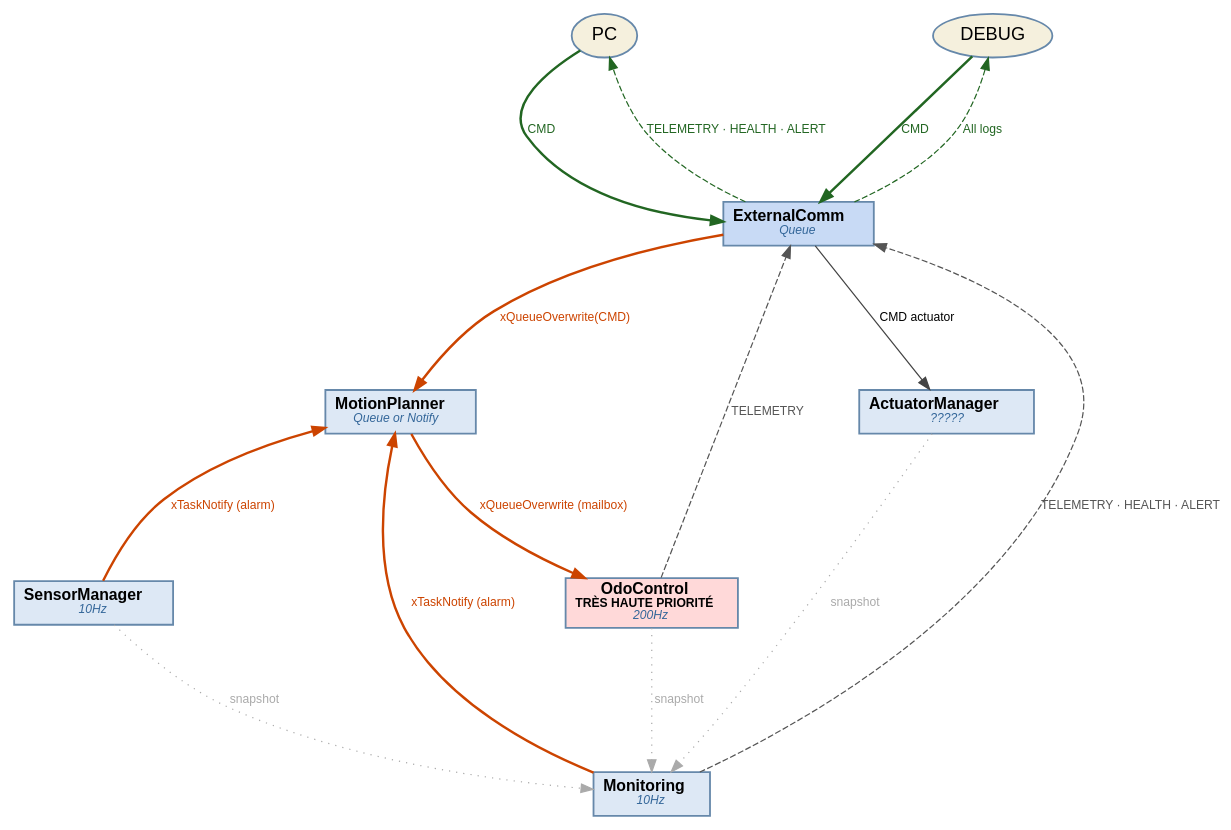
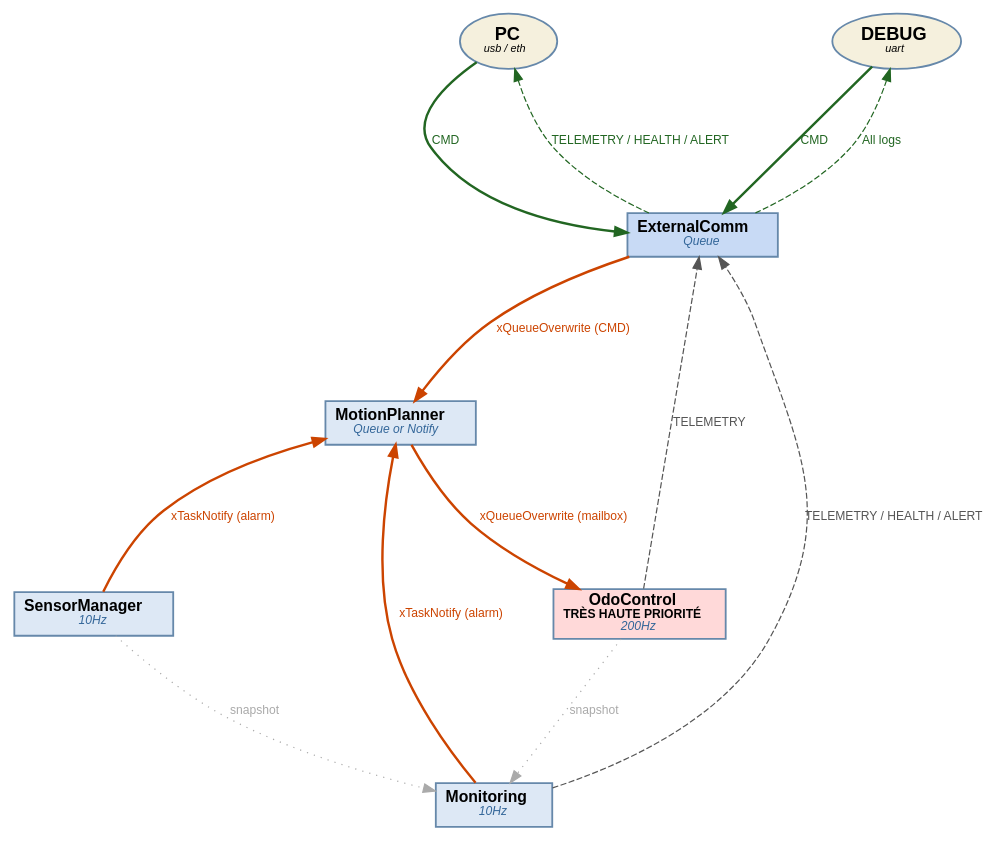
Before and after one commit to Soupalognon/Wall-A-Software: the first of 2 diagrams in _bmad-output/planning-artifacts/architecture.md, drawn with Graphviz. The commit also changed 1 other file, not shown here.

Commit message:
updated graphs

````diff
--- a/_bmad-output/planning-artifacts/architecture.md
+++ b/_bmad-output/planning-artifacts/architecture.md
@@ -609,43 +609,39 @@
 ```dot
 digraph G {
     rankdir=TB
     nodesep=1.0
     ranksep=1.5
     fontname="Helvetica"
     node [fontname="Helvetica" fontsize=13 style=filled shape=box fillcolor="#dde8f5" color="#6688aa" penwidth=1.5]
     edge [fontname="Helvetica" fontsize=10 color="#444444"]
 
-    PC         [shape=ellipse fillcolor="#f5f0dd" label="PC" fontsize=15]
-    DEBUG      [shape=ellipse fillcolor="#f5f0dd" label="DEBUG" fontsize=15]
+    PC         [shape=ellipse fillcolor="#f5f0dd" label=<<B><FONT POINT-SIZE="15">PC</FONT></B><BR/><I><FONT POINT-SIZE="9">usb / eth</FONT></I>>]
+    DEBUG      [shape=ellipse fillcolor="#f5f0dd" label=<<B><FONT POINT-SIZE="15">DEBUG</FONT></B><BR/><I><FONT POINT-SIZE="9">uart</FONT></I>>]
     ExtComm    [label=<<B>ExternalComm</B><BR/><I><FONT POINT-SIZE="10" COLOR="#336699">Queue</FONT></I>> fillcolor="#c8daf5"]
     MoPlan     [label=<<B>MotionPlanner</B><BR/><I><FONT POINT-SIZE="10" COLOR="#336699">Queue or Notify</FONT></I>>]
     OdoCtrl    [label=<<B>OdoControl<BR/><FONT POINT-SIZE="10">TRÈS HAUTE PRIORITÉ</FONT><BR/></B><I><FONT POINT-SIZE="10" COLOR="#336699">200Hz</FONT></I>> fillcolor="#ffd9d9"]
     SenMgr     [label=<<B>SensorManager</B><BR/><I><FONT POINT-SIZE="10" COLOR="#336699">10Hz</FONT></I>>]
-    ActMgr     [label=<<B>ActuatorManager</B><BR/><I><FONT POINT-SIZE="10" COLOR="#336699">?????</FONT></I>>]
     Monitoring [label=<<B>Monitoring</B><BR/><I><FONT POINT-SIZE="10" COLOR="#336699">10Hz</FONT></I>>]
 
     { rank=same; PC; DEBUG }
     { rank=same; ExtComm }
-    { rank=same; MoPlan; ActMgr }
+    { rank=same; MoPlan }
     { rank=same; OdoCtrl; SenMgr }
 
     PC -> ExtComm    [label="CMD" color="#226622" fontcolor="#226622" style=bold]
-    ExtComm -> PC    [label="TELEMETRY · HEALTH · ALERT" color="#226622" fontcolor="#226622" style=dashed]
+    ExtComm -> PC    [label="TELEMETRY / HEALTH / ALERT" color="#226622" fontcolor="#226622" style=dashed]
     DEBUG -> ExtComm    [label="CMD" color="#226622" fontcolor="#226622" style=bold]
     ExtComm -> DEBUG    [label="All logs" color="#226622" fontcolor="#226622" style=dashed]
 
-    ExtComm -> ActMgr  [label="CMD actuator"]
-
-    ExtComm -> MoPlan  [label="xQueueOverwrite(CMD)" color="#cc4400" fontcolor="#cc4400" penwidth=2]
+    ExtComm -> MoPlan  [label="xQueueOverwrite (CMD)" color="#cc4400" fontcolor="#cc4400" penwidth=2]
     MoPlan  -> OdoCtrl [label="xQueueOverwrite (mailbox)" color="#cc4400" fontcolor="#cc4400" penwidth=2]
     SenMgr  -> MoPlan  [label="xTaskNotify (alarm)" color="#cc4400" fontcolor="#cc4400" penwidth=2]
     Monitoring  -> MoPlan  [label="xTaskNotify (alarm)" color="#cc4400" fontcolor="#cc4400" penwidth=2]
 
     OdoCtrl    -> ExtComm [label="TELEMETRY" style=dashed color="#555555" fontcolor="#555555"]
-    Monitoring -> ExtComm [label="TELEMETRY · HEALTH · ALERT" style=dashed color="#555555" fontcolor="#555555"]
+    Monitoring -> ExtComm [label="TELEMETRY / HEALTH / ALERT" style=dashed color="#555555" fontcolor="#555555"]
 
     OdoCtrl -> Monitoring [label="snapshot" style=dotted color="#aaaaaa" fontcolor="#aaaaaa"]
     SenMgr  -> Monitoring [label="snapshot" style=dotted color="#aaaaaa" fontcolor="#aaaaaa"]
-    ActMgr -> Monitoring [label="snapshot" style=dotted color="#aaaaaa" fontcolor="#aaaaaa"]
 }
 ```
````
